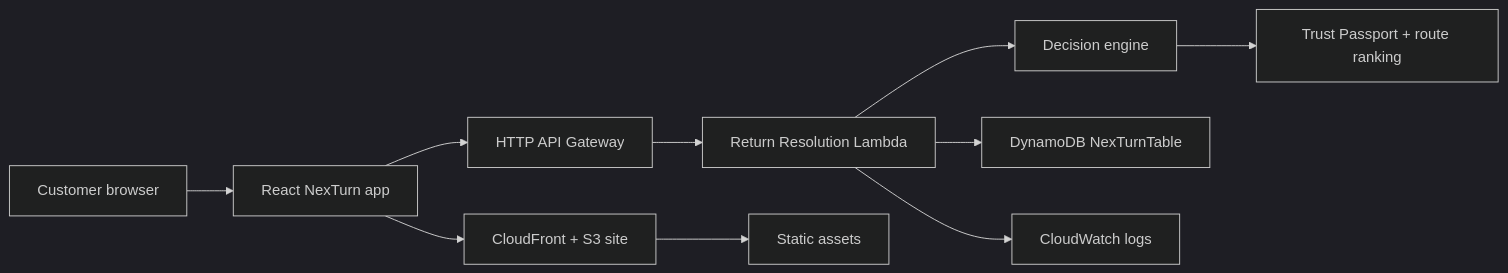
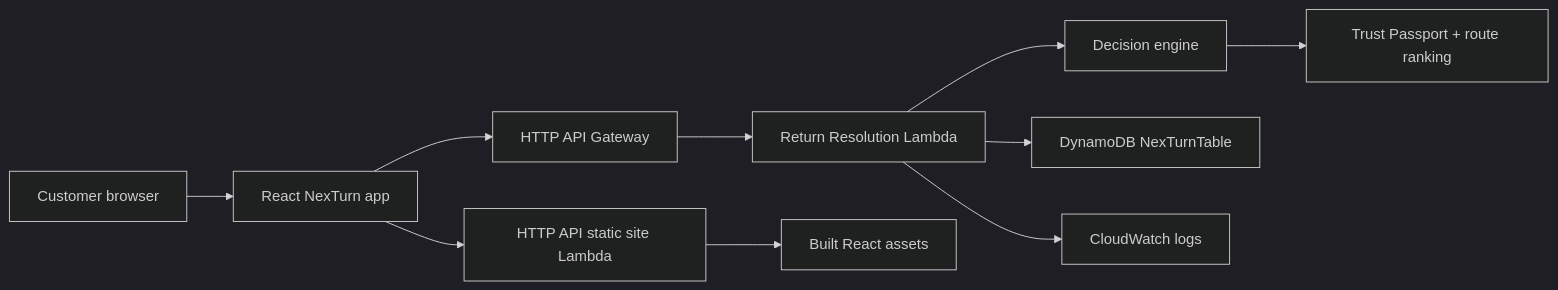
The diagram in README.md (AKSHATSPAR/nexturn), drawn with Mermaid (dark theme) before and after one commit. The commit also changed other lines of this file and 4 other files, not shown here.

Commit message:
feat: serve web app through HTTP API

````diff
--- a/README.md
+++ b/README.md
@@ -33,12 +33,12 @@
 ```mermaid
 flowchart LR
   Customer["Customer browser"] --> Web["React NexTurn app"]
   Web --> API["HTTP API Gateway"]
   API --> Lambda["Return Resolution Lambda"]
   Lambda --> Engine["Decision engine"]
   Lambda --> DDB["DynamoDB NexTurnTable"]
-  Web --> CDN["CloudFront + S3 site"]
-  CDN --> Assets["Static assets"]
+  Web --> Site["HTTP API static site Lambda"]
+  Site --> Assets["Built React assets"]
   Lambda --> Logs["CloudWatch logs"]
   Engine --> Passport["Trust Passport + route ranking"]
 ```
````
